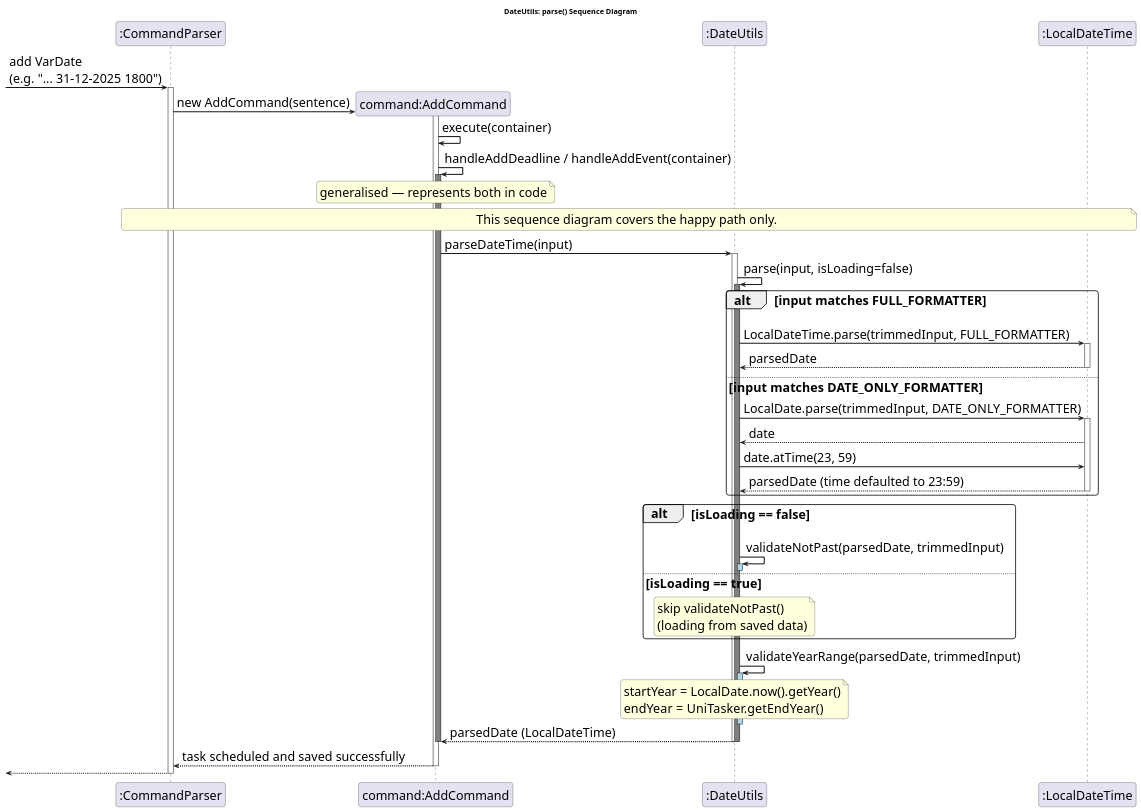
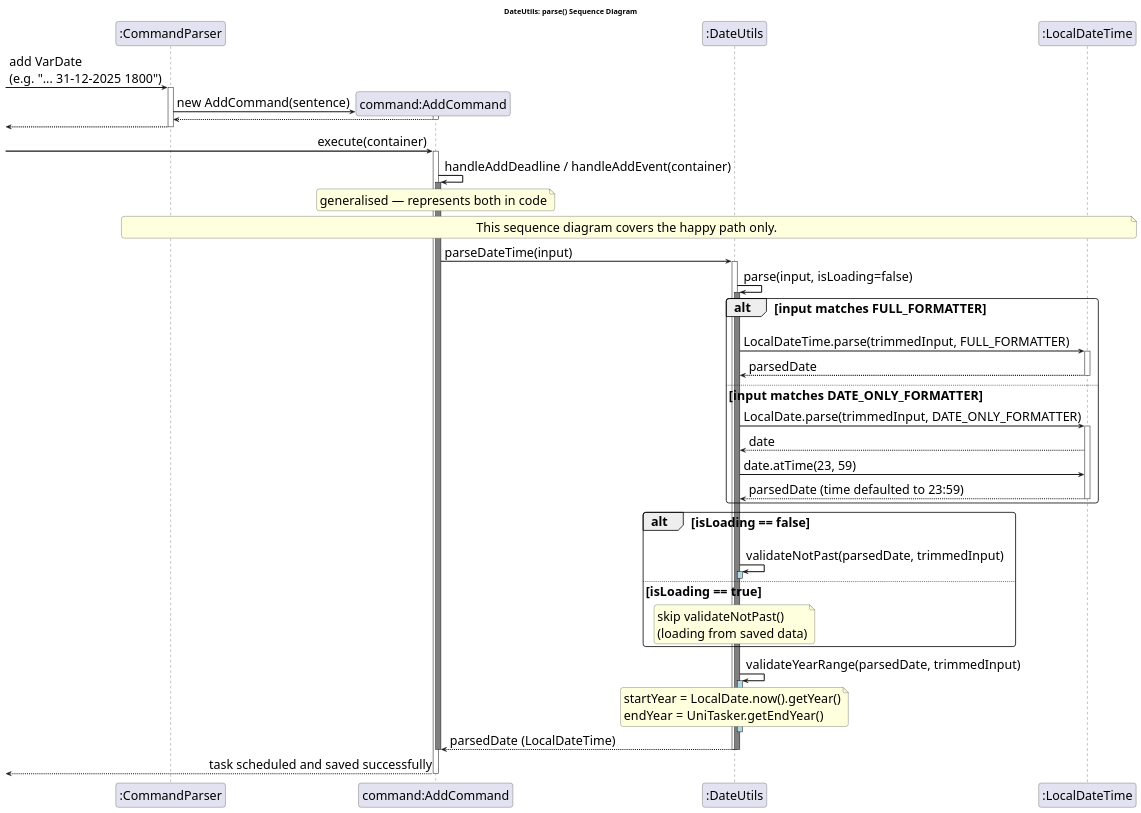
One commit to marken9/tp changed the diagram in docs/puml/DateUtils.puml. Above: the diagram before and after it, drawn with PlantUML. The commit also changed 4 other files, not shown here.

Commit message:
Edits to UML diagrams

```diff
--- a/docs/puml/DateUtils.puml
+++ b/docs/puml/DateUtils.puml
@@ -1,76 +1,81 @@
 @startuml DateUtilsSequenceDiagram
 !pragma teoz true
 
 
 skinparam sequenceArrowThickness 2
 skinparam roundcorner 10
 skinparam DefaultFontSize 24
 skinparam ArrowFontSize 24
 
 title DateUtils: parse() Sequence Diagram
 
 participant ":CommandParser" as CP
 
 -> CP : add VarDate \n(e.g. "... 31-12-2025 1800")
 activate CP
 
 create "command:AddCommand" as command
 CP -> command : new AddCommand(sentence)
 activate command
-command -> command : execute(container)
+command --> CP
+deactivate command
 
+<-- CP
+deactivate CP
+-> command : execute(container)
+
+activate command
 command -> command : handleAddDeadline / handleAddEvent(container)
 activate command #grey
 note over command : generalised — represents both in code
 
 participant ":DateUtils" as DU
 participant ":LocalDateTime" as LDT
 note over CP, LDT : This sequence diagram covers the happy path only.
 
 command -> DU : parseDateTime(input)
 activate DU #white
 
 DU -> DU : parse(input, isLoading=false)
 activate DU #grey
 
 alt input matches FULL_FORMATTER
     DU -> LDT : LocalDateTime.parse(trimmedInput, FULL_FORMATTER)
     activate LDT
     LDT --> DU : parsedDate
     deactivate LDT
 
 else input matches DATE_ONLY_FORMATTER
     DU -> LDT : LocalDate.parse(trimmedInput, DATE_ONLY_FORMATTER)
     activate LDT
     LDT --> DU : date
     DU -> LDT : date.atTime(23, 59)
     LDT --> DU : parsedDate (time defaulted to 23:59)
     deactivate LDT
 end
 
 alt isLoading == false
     DU -> DU : validateNotPast(parsedDate, trimmedInput)
     activate DU #lightblue
     deactivate DU
 
 else isLoading == true
     note over DU : skip validateNotPast()\n(loading from saved data)
 end
 
 DU -> DU : validateYearRange(parsedDate, trimmedInput)
 activate DU #lightblue
 note over DU : startYear = LocalDate.now().getYear()\nendYear = UniTasker.getEndYear()
 deactivate DU
 
 DU --> command : parsedDate (LocalDateTime)
 deactivate DU
 deactivate DU
 deactivate command
-command --> CP: task scheduled and saved successfully
+ <-- command : task scheduled and saved successfully
 deactivate command
 deactivate command
-<-- CP:
 
 deactivate CP
 
 @enduml
```
